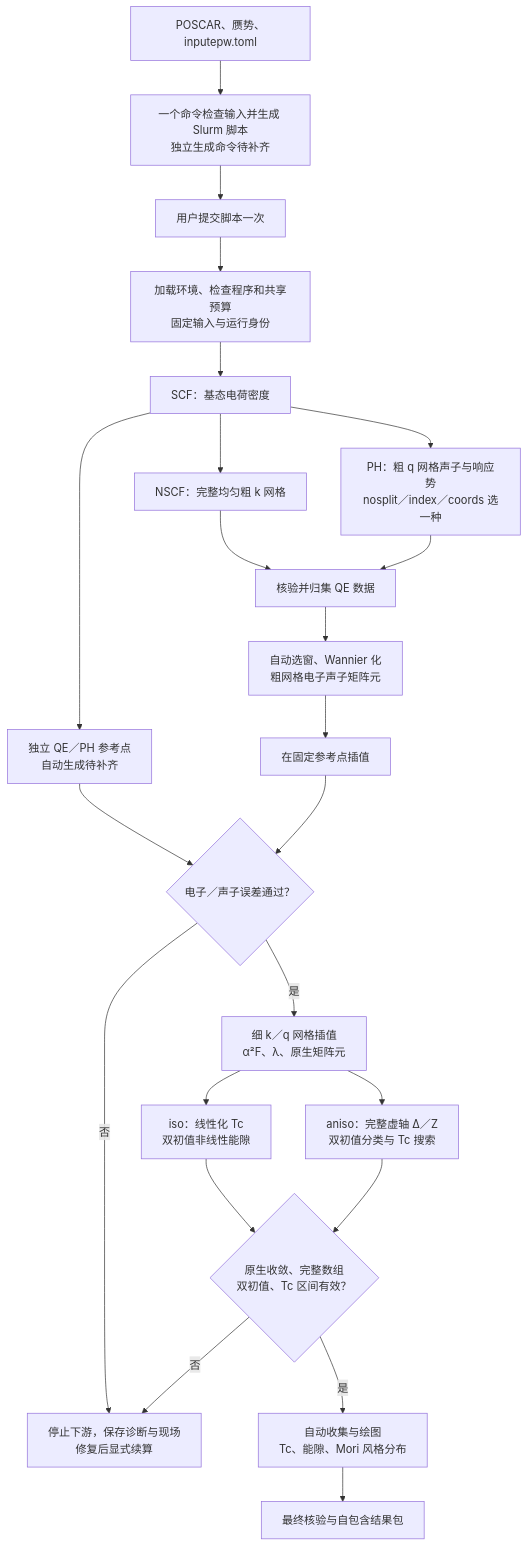
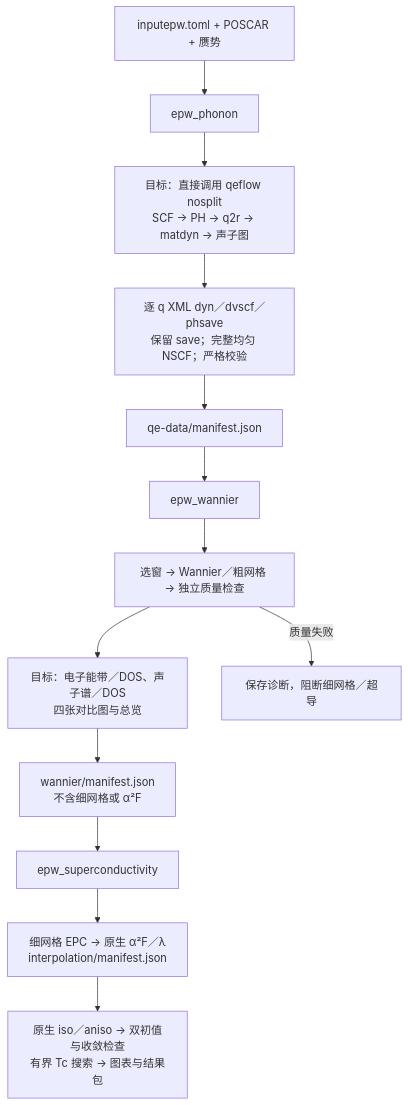
Before and after one commit to JLU-ICCMS-MaYuan/dftflow: the diagram in epwflow/README.md, drawn with Mermaid. The commit also changed other lines of this file and 37 other files, not shown here.

````diff
--- a/epwflow/README.md
+++ b/epwflow/README.md
@@ -7,25 +9,15 @@
 ```mermaid
 flowchart TD
-    A["POSCAR、赝势、inputepw.toml"] --> B["一个命令检查输入并生成 Slurm 脚本<br/>独立生成命令待补齐"]
-    B --> C["用户提交脚本一次"]
-    C --> D["加载环境、检查程序和共享预算<br/>固定输入与运行身份"]
-    D --> E["SCF：基态电荷密度"]
-    E --> F["NSCF：完整均匀粗 k 网格"]
-    E --> G["PH：粗 q 网格声子与响应势<br/>nosplit／index／coords 选一种"]
-    F --> H["核验并归集 QE 数据"]
-    G --> H
-    E --> R["独立 QE／PH 参考点<br/>自动生成待补齐"]
-    H --> I["自动选窗、Wannier 化<br/>粗网格电子声子矩阵元"]
-    I --> J["在固定参考点插值"]
-    R --> K{"电子／声子误差通过？"}
-    J --> K
-    K -- 否 --> X["停止下游，保存诊断与现场<br/>修复后显式续算"]
-    K -- 是 --> L["细 k／q 网格插值<br/>α²F、λ、原生矩阵元"]
-    L --> M["iso：线性化 Tc<br/>双初值非线性能隙"]
-    L --> N["aniso：完整虚轴 Δ／Z<br/>双初值分类与 Tc 搜索"]
-    M --> O{"原生收敛、完整数组<br/>双初值、Tc 区间有效？"}
-    N --> O
-    O -- 否 --> X
-    O -- 是 --> P["自动收集与绘图<br/>Tc、能隙、Mori 风格分布"]
-    P --> Q["最终核验与自包含结果包"]
+    C["inputepw.toml + POSCAR + 赝势"] --> P["epw_phonon"]
+    P --> P1["目标：直接调用 qeflow nosplit<br/>SCF → PH → q2r → matdyn → 声子图"]
+    P1 --> P2["逐 q XML dyn／dvscf／phsave<br/>保留 save；完整均匀 NSCF；严格校验"]
+    P2 --> PM["qe-data/manifest.json"]
+    PM --> W["epw_wannier"]
+    W --> W1["选窗 → Wannier／粗网格 → 独立质量检查"]
+    W1 --> W2["目标：电子能带／DOS、声子谱／DOS<br/>四张对比图与总览"]
+    W2 --> WM["wannier/manifest.json<br/>不含细网格或 α²F"]
+    WM --> S["epw_superconductivity"]
+    S --> S1["细网格 EPC → 原生 α²F／λ<br/>interpolation/manifest.json"]
+    S1 --> S2["原生 iso／aniso → 双初值与收敛检查<br/>有界 Tc 搜索 → 图表与结果包"]
+    W1 -->|"质量失败"| STOP["保存诊断，阻断细网格／超导"]
 ```
````
